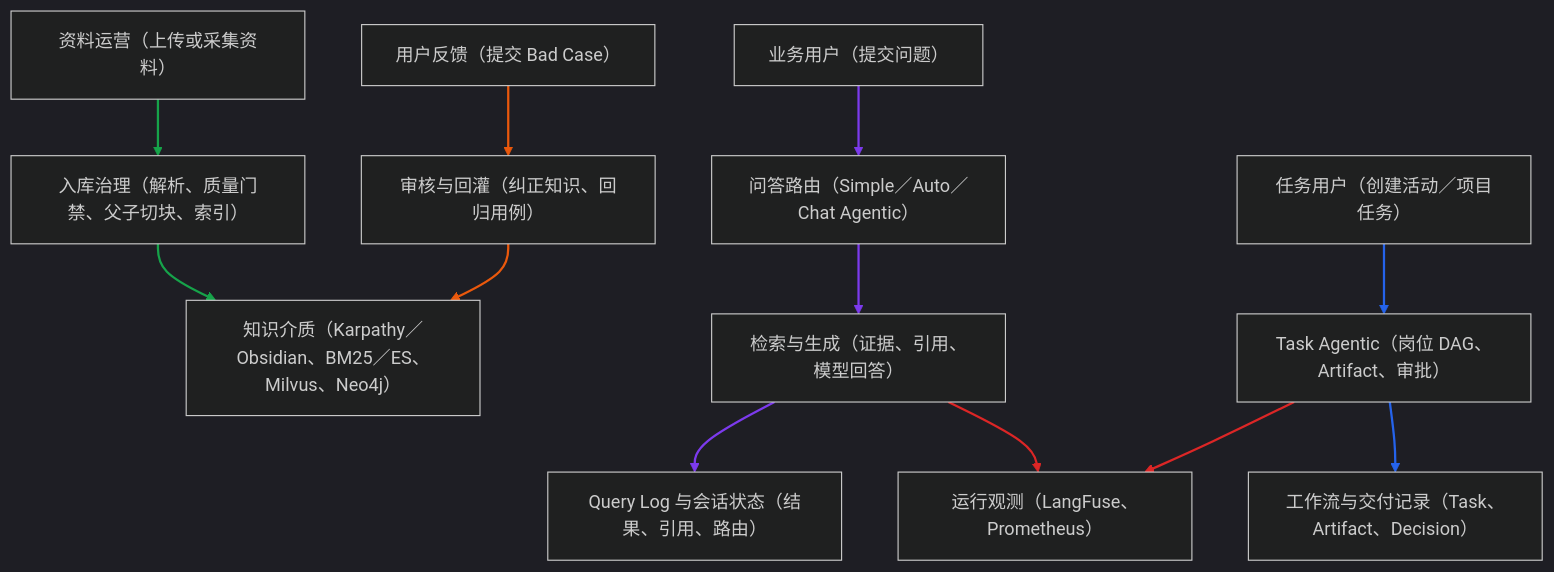
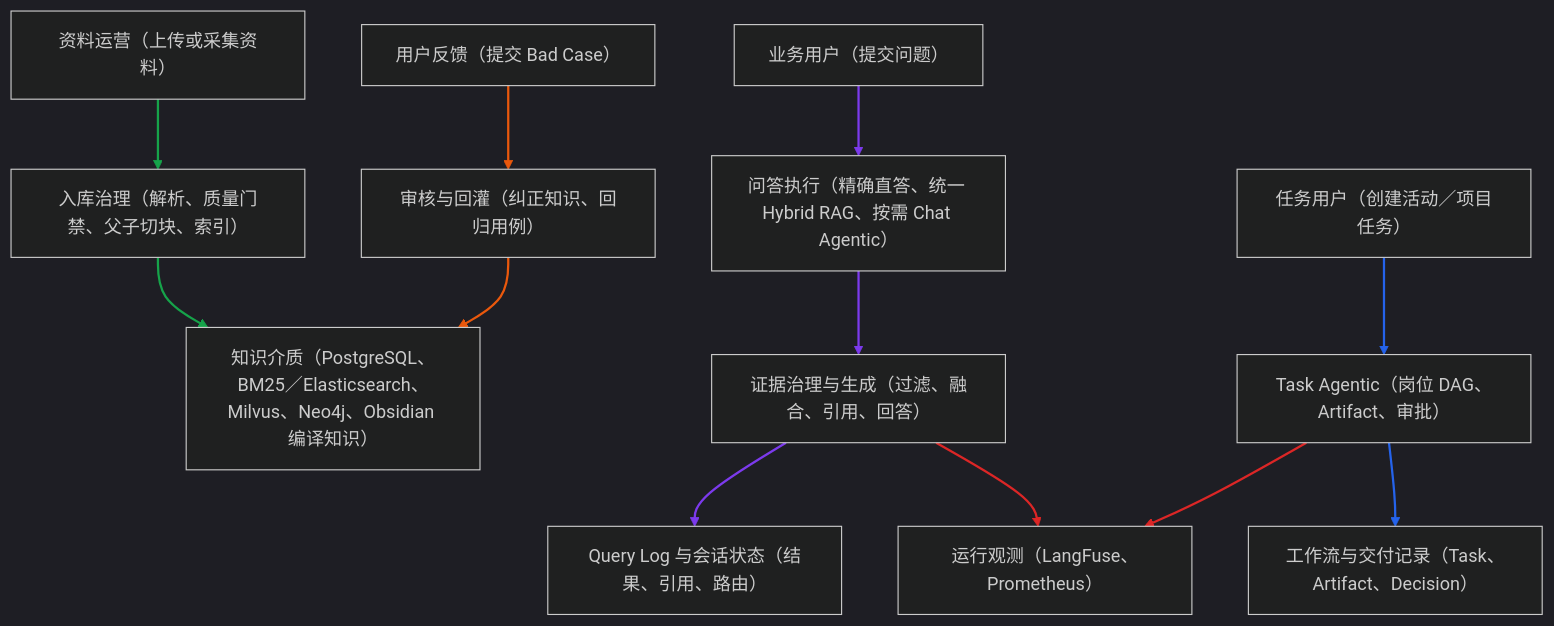
One commit to monstereatai/RAG changed the second of 20 diagrams in docs/interview/功能步骤流程.md. Above: the diagram before and after it, drawn with Mermaid (dark theme). The commit also changed other lines of this file and 97 other files, not shown here.

````diff
--- a/docs/interview/功能步骤流程.md
+++ b/docs/interview/功能步骤流程.md
@@ -82,19 +83,19 @@
 ```mermaid
 flowchart TB
   A[资料运营（上传或采集资料）] --> B[入库治理（解析、质量门禁、父子切块、索引）]
-  B --> C[知识介质（Karpathy／Obsidian、BM25／ES、Milvus、Neo4j）]
-  D[业务用户（提交问题）] --> E[问答路由（Simple／Auto／Chat Agentic）]
-  E --> F[检索与生成（证据、引用、模型回答）]
+  B --> C[知识介质（PostgreSQL、BM25／Elasticsearch、Milvus、Neo4j、Obsidian 编译知识）]
+  D[业务用户（提交问题）] --> E[问答执行（精确直答、统一 Hybrid RAG、按需 Chat Agentic）]
+  E --> F[证据治理与生成（过滤、融合、引用、回答）]
   F --> G[Query Log 与会话状态（结果、引用、路由）]
   H[任务用户（创建活动／项目任务）] --> I[Task Agentic（岗位 DAG、Artifact、审批）]
   I --> J[工作流与交付记录（Task、Artifact、Decision）]
   K[用户反馈（提交 Bad Case）] --> L[审核与回灌（纠正知识、回归用例）]
   L --> C
   F --> M[运行观测（LangFuse、Prometheus）]
   I --> M
   linkStyle 0,1 stroke:#16a34a,stroke-width:2px
   linkStyle 2,3,4 stroke:#7c3aed,stroke-width:2px
   linkStyle 5,6 stroke:#2563eb,stroke-width:2px
   linkStyle 7,8 stroke:#ea580c,stroke-width:2px
   linkStyle 9,10 stroke:#dc2626,stroke-width:2px
 ```
````
